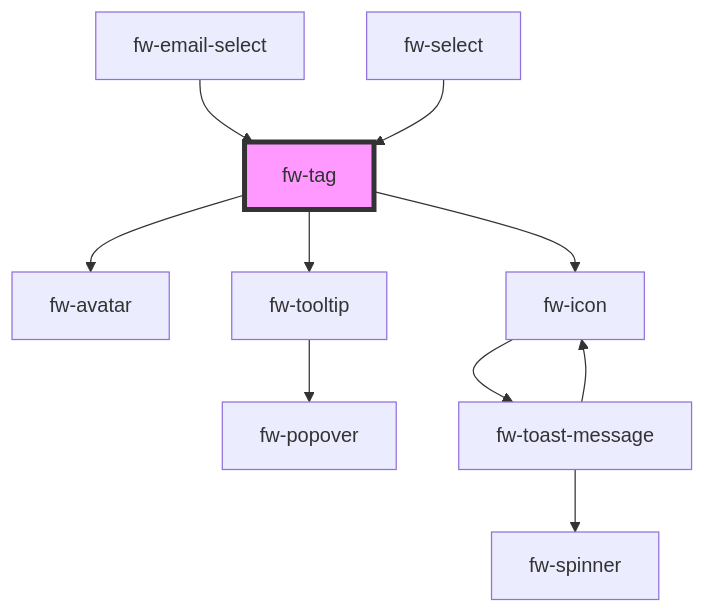
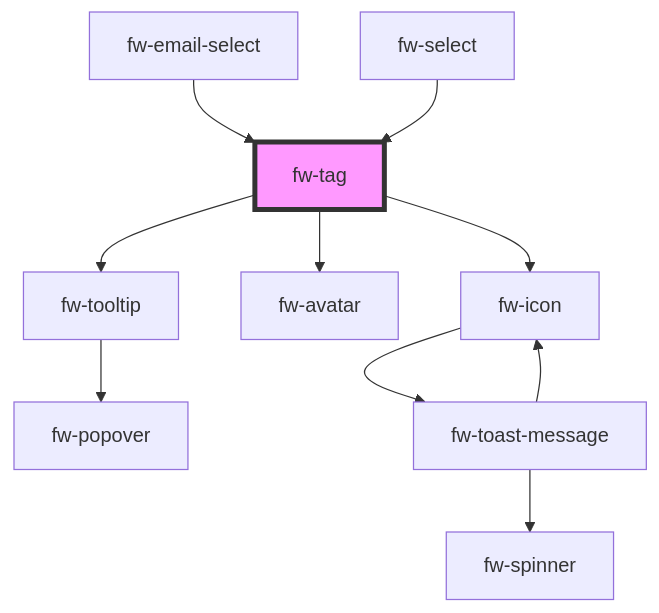
The diagram in packages/crayons-core/src/components/tag/readme.md (freshworks/crayons), drawn with Mermaid before and after one commit. The commit also changed other lines of this file and 7 other files, not shown here.

````diff
--- a/packages/crayons-core/src/components/tag/readme.md
+++ b/packages/crayons-core/src/components/tag/readme.md
@@ -171,13 +172,13 @@
 ```mermaid
 graph TD;
+  fw-tag --> fw-tooltip
   fw-tag --> fw-avatar
-  fw-tag --> fw-tooltip
   fw-tag --> fw-icon
   fw-tooltip --> fw-popover
   fw-icon --> fw-toast-message
   fw-toast-message --> fw-spinner
   fw-toast-message --> fw-icon
   fw-email-select --> fw-tag
   fw-select --> fw-tag
   style fw-tag fill:#f9f,stroke:#333,stroke-width:4px
 ```
````
